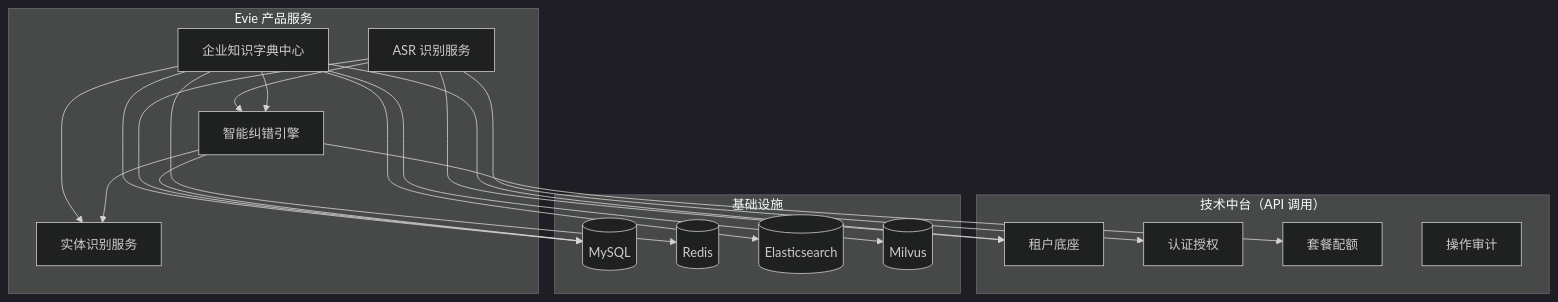
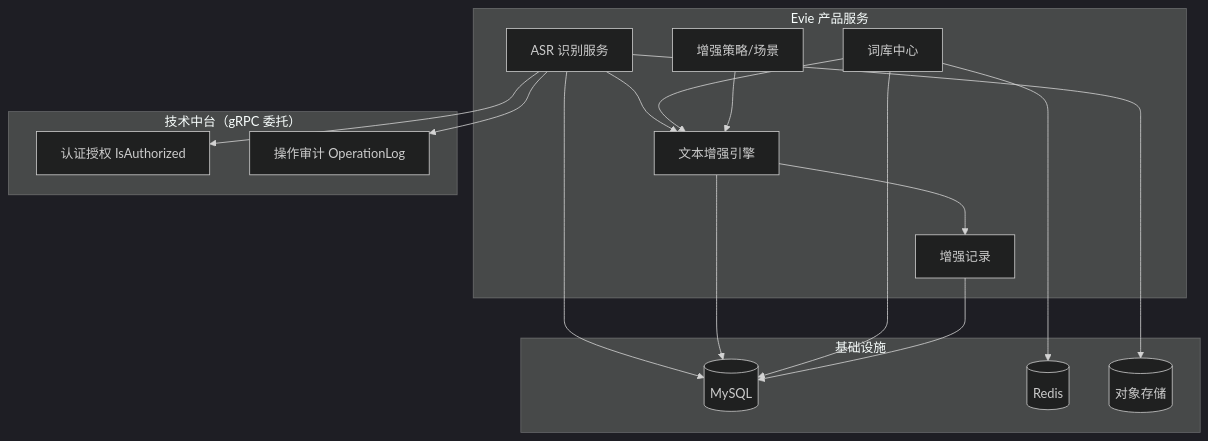
One commit to stack-haven/avmc changed the first of 2 diagrams in docs/services/evie-platform/development/0-架构总览-语音智能引擎.md. Above: the diagram before and after it, drawn with Mermaid (dark theme). The commit also changed other lines of this file and 7 other files, not shown here.

````diff
--- a/docs/services/evie-platform/development/0-架构总览-语音智能引擎.md
+++ b/docs/services/evie-platform/development/0-架构总览-语音智能引擎.md
@@ -147,39 +197,35 @@
 ```mermaid
 flowchart TD
     subgraph Evie["Evie 产品服务"]
         ASR[ASR 识别服务]
-        CE[智能纠错引擎]
-        DC[企业知识字典中心]
-        ER[实体识别服务]
+        TE[文本增强引擎]
+        VC[词库中心]
+        POL[增强策略/场景]
+        LOG[增强记录]
 
-        ASR --> CE
-        DC --> CE
-        DC --> ER
-        CE --> ER
+        ASR --> TE
+        VC --> TE
+        POL --> TE
+        TE --> LOG
     end
 
-    subgraph Platform["技术中台（API 调用）"]
-        T1[租户底座]
-        T2[认证授权]
-        T3[套餐配额]
-        T4[操作审计]
+    subgraph Platform["技术中台（gRPC 委托）"]
+        AUTH[认证授权 IsAuthorized]
+        AUDIT[操作审计 OperationLog]
     end
 
     subgraph Infra["基础设施"]
         DB[(MySQL)]
         CACHE[(Redis)]
-        ES[(Elasticsearch)]
-        MV[(Milvus)]
+        S3[(对象存储)]
     end
 
-    ASR --> T1
-    ASR --> T2
-    CE --> T3
-    DC --> T1
-    DC --> DB
-    DC --> CACHE
-    DC --> ES
-    DC --> MV
+    ASR --> AUTH
+    ASR --> AUDIT
     ASR --> DB
-    CE --> DB
+    ASR --> S3
+    TE --> DB
+    VC --> DB
+    VC --> CACHE
+    LOG --> DB
 ```
````
